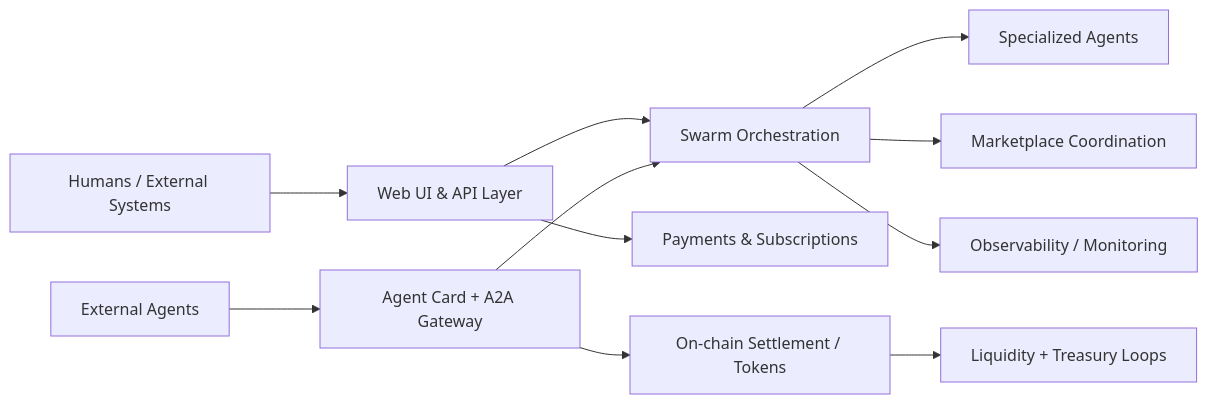
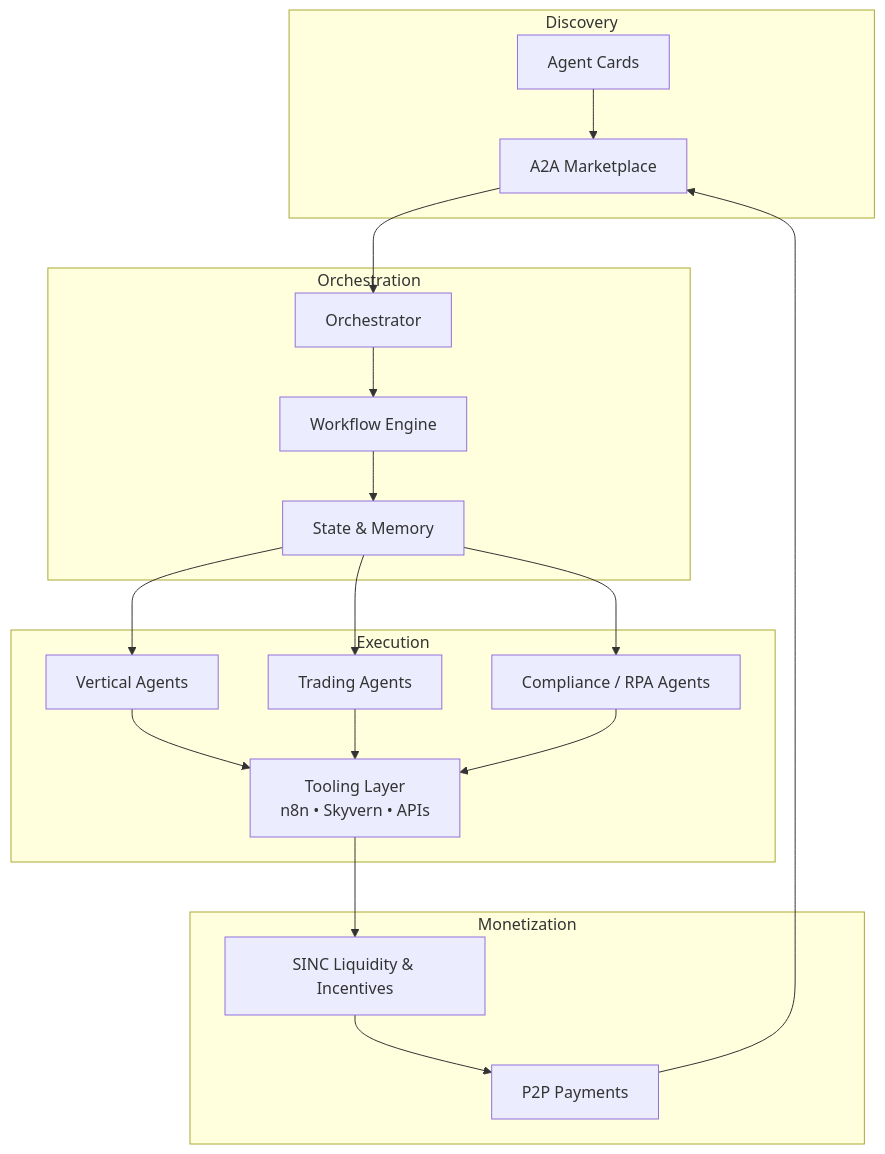
The diagram in README.md (OrderofChaos33/SINCOR2), drawn with Mermaid before and after one commit. The commit also changed other lines of this file, not shown here.

````diff
--- a/README.md
+++ b/README.md
@@ -75,13 +122,26 @@
 ```mermaid
-flowchart LR
-    U[Humans / External Systems] --> W[Web UI & API Layer]
-    A[External Agents] --> C[Agent Card + A2A Gateway]
-    W --> O[Swarm Orchestration]
-    C --> O
-    O --> S[Specialized Agents]
-    O --> M[Marketplace Coordination]
-    W --> P[Payments & Subscriptions]
-    C --> D[On-chain Settlement / Tokens]
-    D --> L[Liquidity + Treasury Loops]
-    O --> R[Observability / Monitoring]
+flowchart TD
+    subgraph Discovery
+        A[Agent Cards] --> B[A2A Marketplace]
+    end
+
+    subgraph Orchestration
+        B --> C[Orchestrator]
+        C --> D[Workflow Engine]
+        D --> E[State & Memory]
+    end
+
+    subgraph Execution
+        E --> F[Vertical Agents]
+        E --> G[Trading Agents]
+        E --> H[Compliance / RPA Agents]
+        F & G & H --> I[Tooling Layer<br/>n8n • Skyvern • APIs]
+    end
+
+    subgraph Monetization
+        I --> J[SINC Liquidity & Incentives]
+        J --> K[P2P Payments]
+    end
+
+    K --> B
 ```
````
